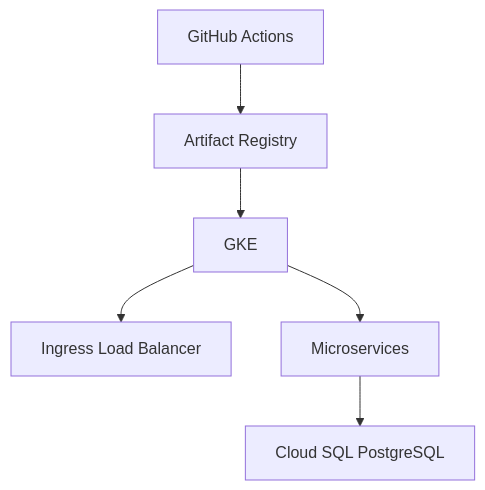
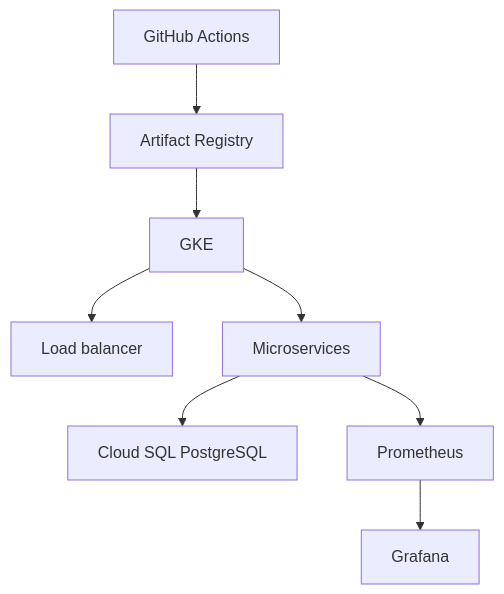
One commit to new-world-coder/claim-center changed the diagram in docs/deployment-diagram.md. Above: the diagram before and after it, drawn with Mermaid. The commit also changed other lines of this file and 203 other files, not shown here.

````diff
--- a/docs/deployment-diagram.md
+++ b/docs/deployment-diagram.md
@@ -3,8 +5,10 @@
 ```mermaid
 graph TD
-A[GitHub Actions] --> B[Artifact Registry]
-B --> C[GKE]
-C --> D[Ingress Load Balancer]
-C --> E[Microservices]
-E --> F[Cloud SQL PostgreSQL]
+  GH[GitHub Actions] --> AR[Artifact Registry]
+  AR --> GKE[GKE]
+  GKE --> LB[Load balancer]
+  GKE --> Services[Microservices]
+  Services --> SQL[Cloud SQL PostgreSQL]
+  Services --> Prom[Prometheus]
+  Prom --> Graf[Grafana]
 ```
````
